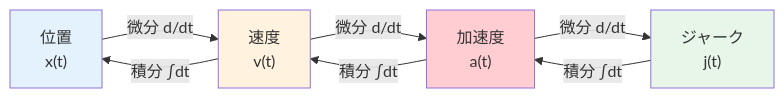
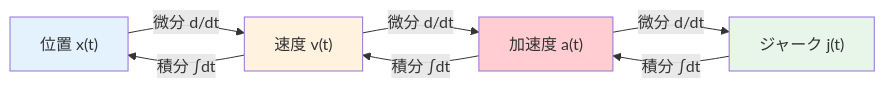
One commit to fit-ime-cao/keisoku-kogaku changed the diagram in docs/weeks/week-12.md. Above: the diagram before and after it, drawn with Mermaid.

Commit message:
Fix Week-12 Mermaid: remove <br> tags from node labels

````diff
--- a/docs/weeks/week-12.md
+++ b/docs/weeks/week-12.md
@@ -21,13 +21,13 @@
 ```mermaid
 graph LR
-    A["位置<br>x(t)"] -->|"微分 d/dt"| B["速度<br>v(t)"]
-    B -->|"微分 d/dt"| C["加速度<br>a(t)"]
-    C -->|"微分 d/dt"| D["ジャーク<br>j(t)"]
+    A["位置 x(t)"] -->|"微分 d/dt"| B["速度 v(t)"]
+    B -->|"微分 d/dt"| C["加速度 a(t)"]
+    C -->|"微分 d/dt"| D["ジャーク j(t)"]
     D -->|"積分 ∫dt"| C
     C -->|"積分 ∫dt"| B
     B -->|"積分 ∫dt"| A
     style A fill:#E3F2FD,color:#333
     style B fill:#FFF3E0,color:#333
     style C fill:#FFCDD2,color:#333
     style D fill:#E8F5E9,color:#333
 ```
````
